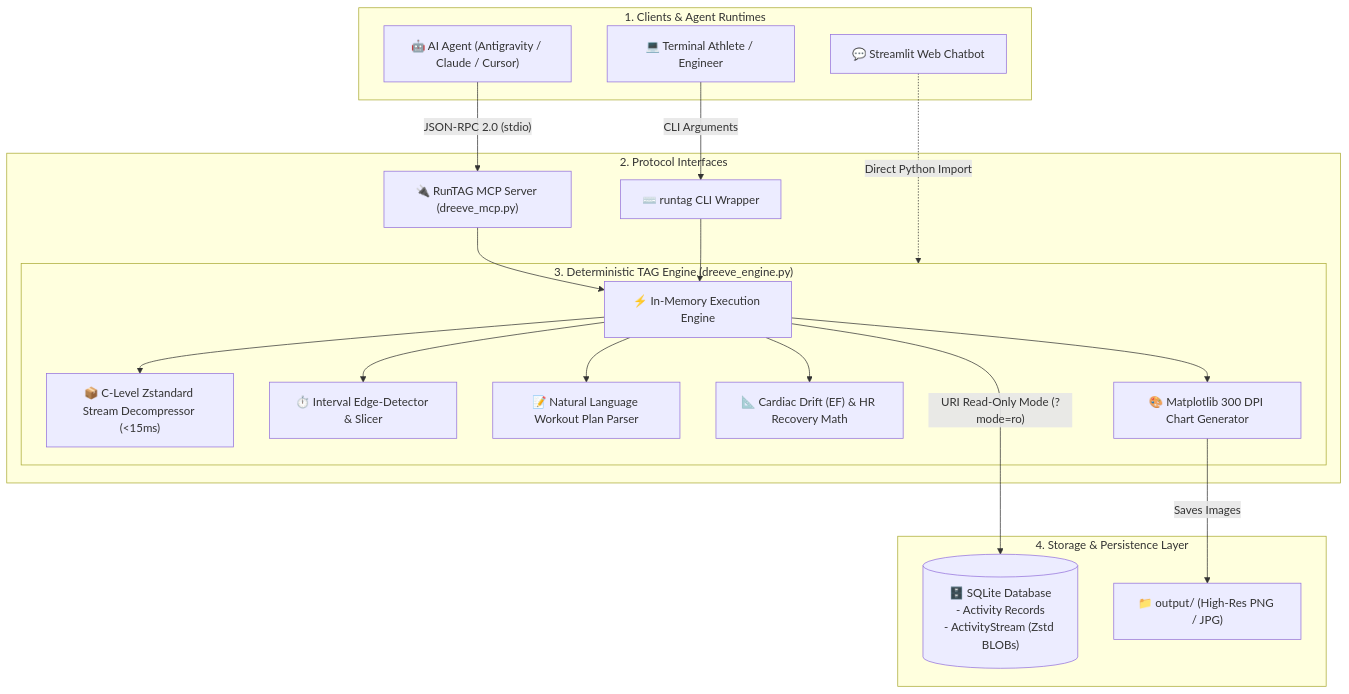
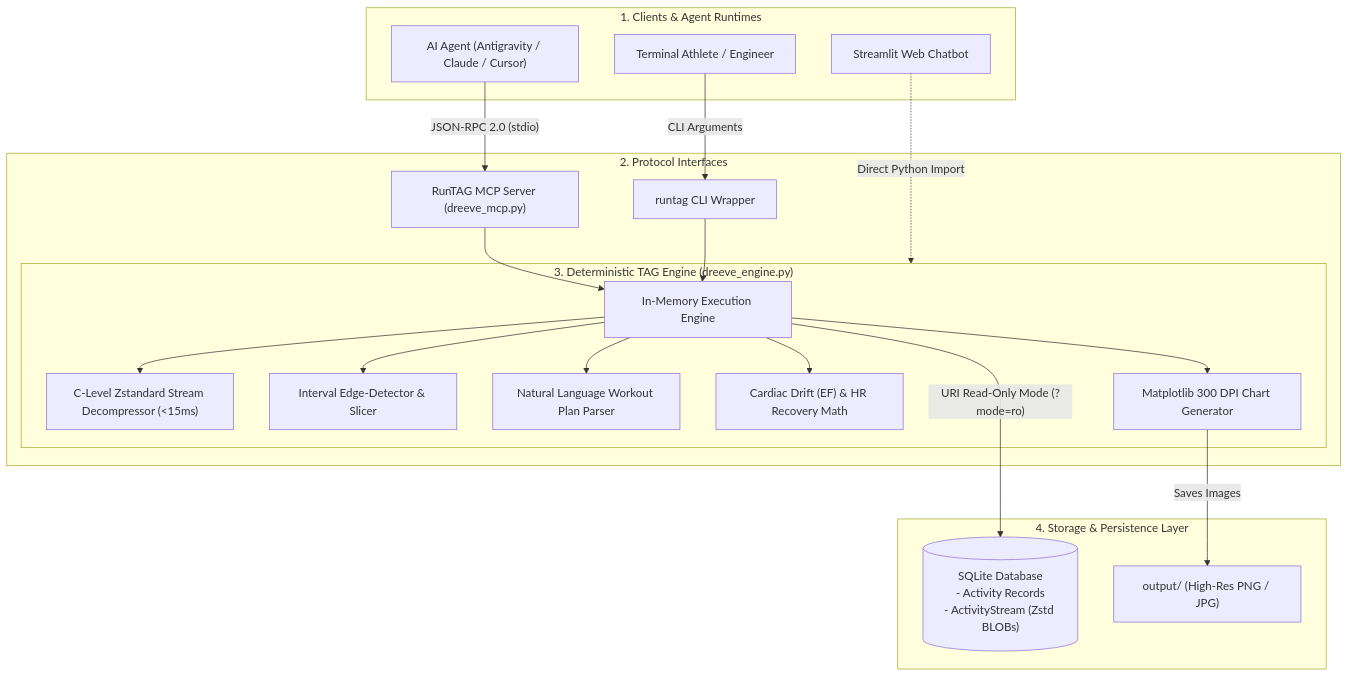
One commit to JournalKenobi11/RunTAG changed the diagram in README.md. Above: the diagram before and after it, drawn with Mermaid. The commit also changed other lines of this file and 3 other files, not shown here.

````diff
--- a/README.md
+++ b/README.md
@@ -34,30 +34,30 @@
 ```mermaid
 flowchart TD
     subgraph Clients["1. Clients & Agent Runtimes"]
-        Agent["🤖 AI Agent (Antigravity / Claude / Cursor)"]
-        Terminal["💻 Terminal Athlete / Engineer"]
-        WebChat["💬 Streamlit Web Chatbot"]
+        Agent["AI Agent (Antigravity / Claude / Cursor)"]
+        Terminal["Terminal Athlete / Engineer"]
+        WebChat["Streamlit Web Chatbot"]
     end
 
     subgraph AccessProtocols["2. Protocol Interfaces"]
-        Agent -->|"JSON-RPC 2.0 (stdio)"| MCPServer["🔌 RunTAG MCP Server (dreeve_mcp.py)"]
-        Terminal -->|"CLI Arguments"| CLI["⌨️ runtag CLI Wrapper"]
+        Agent -->|"JSON-RPC 2.0 (stdio)"| MCPServer["RunTAG MCP Server (dreeve_mcp.py)"]
+        Terminal -->|"CLI Arguments"| CLI["runtag CLI Wrapper"]
         WebChat -.->|"Direct Python Import"| CoreEngine
     end
 
     subgraph CoreEngine["3. Deterministic TAG Engine (dreeve_engine.py)"]
-        MCPServer --> EngineCore["⚡ In-Memory Execution Engine"]
+        MCPServer --> EngineCore["In-Memory Execution Engine"]
         CLI --> EngineCore
 
-        EngineCore --> Zstd["📦 C-Level Zstandard Stream Decompressor (<15ms)"]
-        EngineCore --> Segmenter["⏱️ Interval Edge-Detector & Slicer"]
-        EngineCore --> RegexParser["📝 Natural Language Workout Plan Parser"]
-        EngineCore --> Biostats["📐 Cardiac Drift (EF) & HR Recovery Math"]
-        EngineCore --> Visualizer["🎨 Matplotlib 300 DPI Chart Generator"]
+        EngineCore --> Zstd["C-Level Zstandard Stream Decompressor (<15ms)"]
+        EngineCore --> Segmenter["Interval Edge-Detector & Slicer"]
+        EngineCore --> RegexParser["Natural Language Workout Plan Parser"]
+        EngineCore --> Biostats["Cardiac Drift (EF) & HR Recovery Math"]
+        EngineCore --> Visualizer["Matplotlib 300 DPI Chart Generator"]
     end
 
     subgraph Storage["4. Storage & Persistence Layer"]
-        EngineCore -->|"URI Read-Only Mode (?mode=ro)"| SQLite[("🗄️ SQLite Database\n- Activity Records\n- ActivityStream (Zstd BLOBs)")]
-        Visualizer -->|"Saves Images"| OutputDir["📁 output/ (High-Res PNG / JPG)"]
+        EngineCore -->|"URI Read-Only Mode (?mode=ro)"| SQLite[("SQLite Database\n- Activity Records\n- ActivityStream (Zstd BLOBs)")]
+        Visualizer -->|"Saves Images"| OutputDir["output/ (High-Res PNG / JPG)"]
     end
 ```
````
